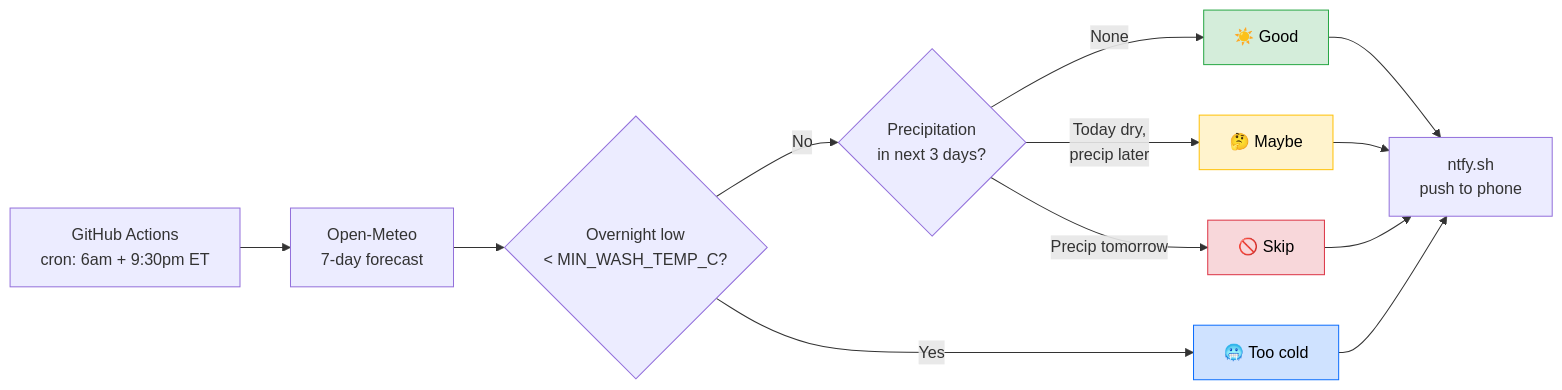
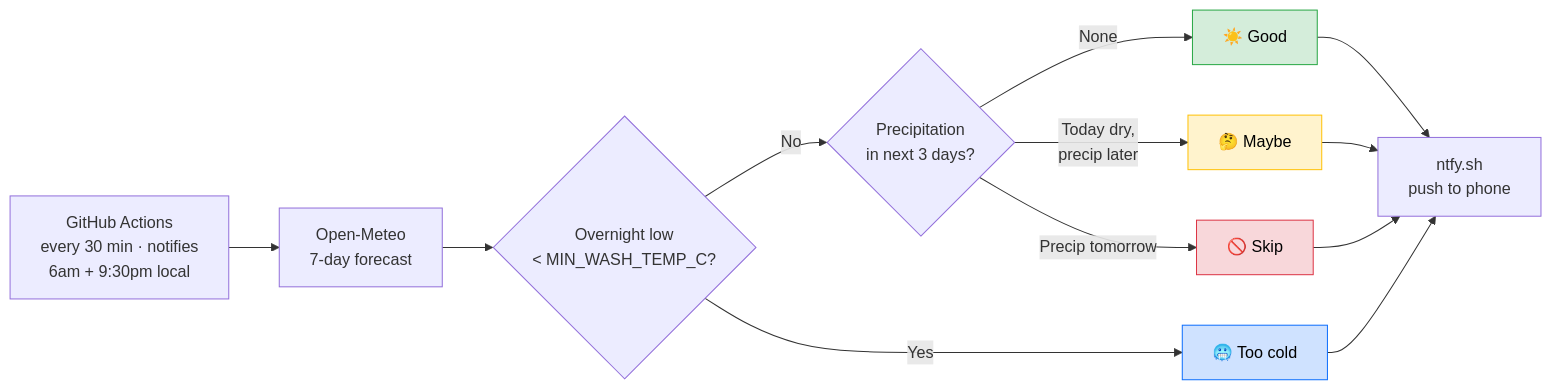
One commit to azilnik/Car-wash-time changed the diagram in README.md. Above: the diagram before and after it, drawn with Mermaid.

Commit message:
docs: fix misleading "ET" label in flowchart — notifications fire at local time
The mermaid node said "cron: 6am + 9:30pm ET", implying Eastern Time.
But the underlying cron fires every 30 minutes UTC; the script uses
Open-Meteo's utc_offset_seconds to deliver notifications at 6am + 9:30pm
in the user's own local timezone (derived from LOCATION). Forks outside
ET see the correct local times, not ET.

Updated label: "every 30 min · notifies 6am + 9:30pm local"

````diff
--- a/README.md
+++ b/README.md
@@ -81,19 +81,19 @@
 ```mermaid
 flowchart LR
-    A[GitHub Actions<br/>cron: 6am + 9:30pm ET] --> B[Open-Meteo<br/>7-day forecast]
+    A[GitHub Actions<br/>every 30 min · notifies<br/>6am + 9:30pm local] --> B[Open-Meteo<br/>7-day forecast]
     B --> H{Overnight low<br/>< MIN_WASH_TEMP_C?}
     H -->|Yes| I[🥶 Too cold]
     H -->|No| C{Precipitation<br/>in next 3 days?}
     C -->|None| D[☀️ Good]
     C -->|Today dry,<br/>precip later| E[🤔 Maybe]
     C -->|Precip tomorrow| F[🚫 Skip]
     D --> G[ntfy.sh<br/>push to phone]
     E --> G
     F --> G
     I --> G
 
     style D fill:#d4edda,stroke:#28a745,color:#000
     style E fill:#fff3cd,stroke:#ffc107,color:#000
     style F fill:#f8d7da,stroke:#dc3545,color:#000
     style I fill:#cfe2ff,stroke:#0d6efd,color:#000
 ```
````
